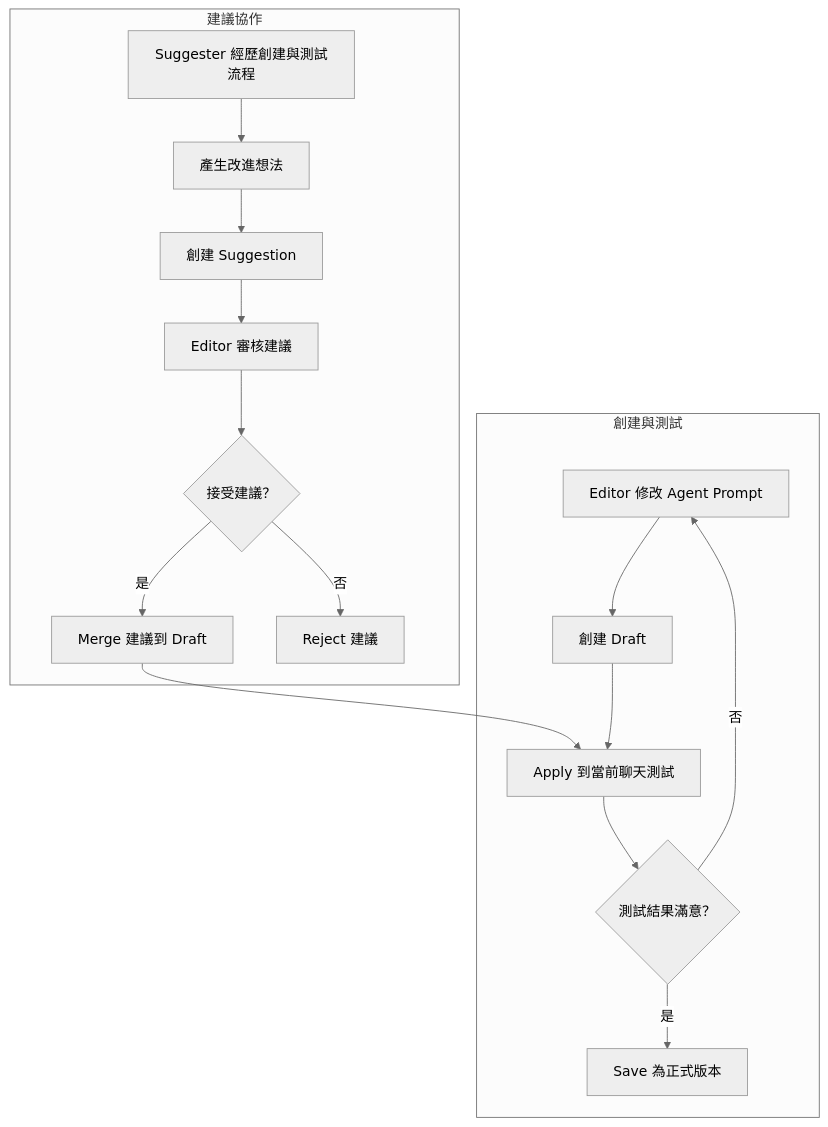
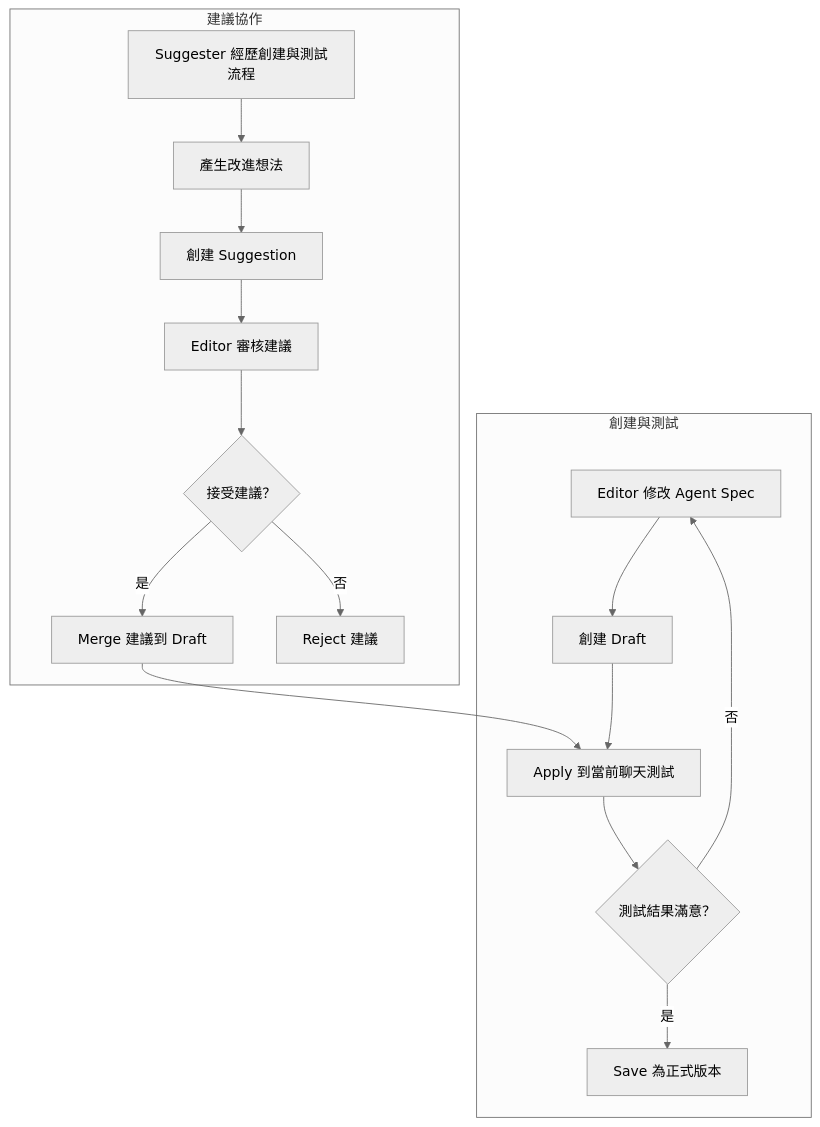
One commit to zhowzeng/v2-design-doc changed the second of 8 diagrams in design_doc.md. Above: the diagram before and after it, drawn with Mermaid (neutral theme). The commit also changed other lines of this file, not shown here.

Commit message:
更新設計文件，擴充 AGENT_SPEC 結構，新增 spec_type、name、description、model_config 和 tools_config 欄位，並調整 CHAT_AGENT_DRAFT 和 SPEC_SUGGESTION 的關聯，強化版本管理與草稿機制

````diff
--- a/design_doc.md
+++ b/design_doc.md
@@ -142,20 +139,20 @@
 ```mermaid
 graph TB
-    subgraph "創建與測試"
-        A[Editor 修改 Agent Prompt] --> B[創建 Draft]
+  subgraph "創建與測試"
+    A[Editor 修改 Agent Spec] --> B[創建 Draft]
         B --> C[Apply 到當前聊天測試]
         C --> D{測試結果滿意？}
         D -->|否| A
         D -->|是| E[Save 為正式版本]
     end
     
     subgraph "建議協作"
         F[Suggester 經歷創建與測試流程] --> G[產生改進想法]
         G --> H[創建 Suggestion]
         H --> I[Editor 審核建議]
         I --> J{接受建議？}
         J -->|是| K[Merge 建議到 Draft]
         J -->|否| L[Reject 建議]
         K --> C
     end
 ```
````
